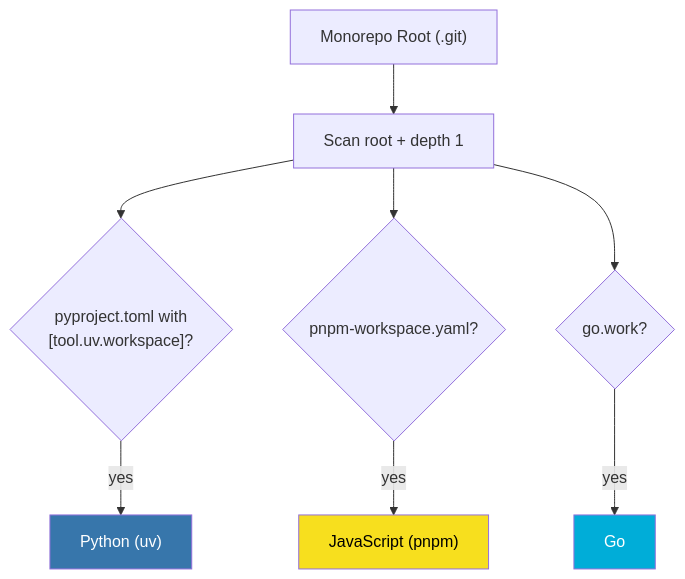
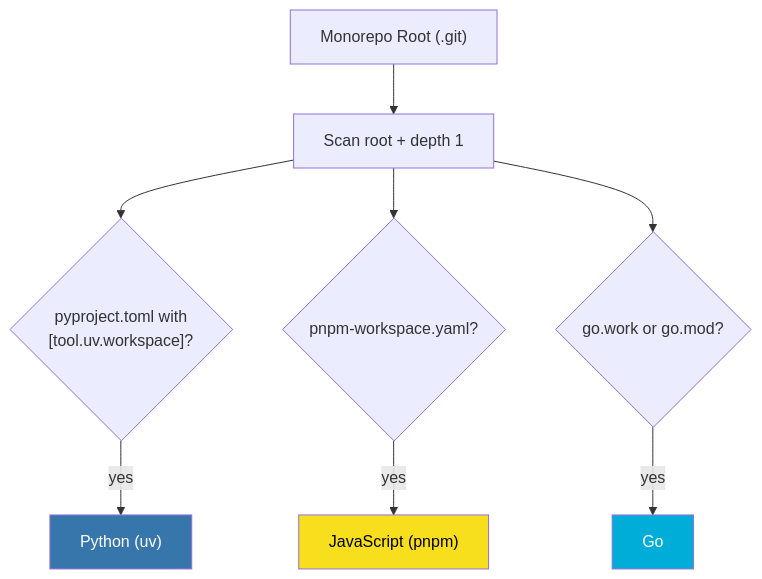
One commit to firebase/genkit changed the first of 2 diagrams in py/tools/releasekit/docs/docs/guides/multi-ecosystem.md. Above: the diagram before and after it, drawn with Mermaid. The commit also changed other lines of this file and 122 other files, not shown here.

````diff
--- a/py/tools/releasekit/docs/docs/guides/multi-ecosystem.md
+++ b/py/tools/releasekit/docs/docs/guides/multi-ecosystem.md
@@ -13,19 +13,19 @@
 ```mermaid
 graph TD
     ROOT["Monorepo Root (.git)"]
     SCAN["Scan root + depth 1"]
 
     ROOT --> SCAN
 
     SCAN --> UV{"pyproject.toml with<br/>[tool.uv.workspace]?"}
     SCAN --> PNPM{"pnpm-workspace.yaml?"}
-    SCAN --> GO{"go.work?"}
+    SCAN --> GO{"go.work or go.mod?"}
 
     UV -->|yes| PY["Python (uv)"]
     PNPM -->|yes| JS["JavaScript (pnpm)"]
     GO -->|yes| GOLANG["Go"]
 
     style PY fill:#3776ab,color:#fff
     style JS fill:#f7df1e,color:#000
     style GOLANG fill:#00add8,color:#fff
 ```
````
